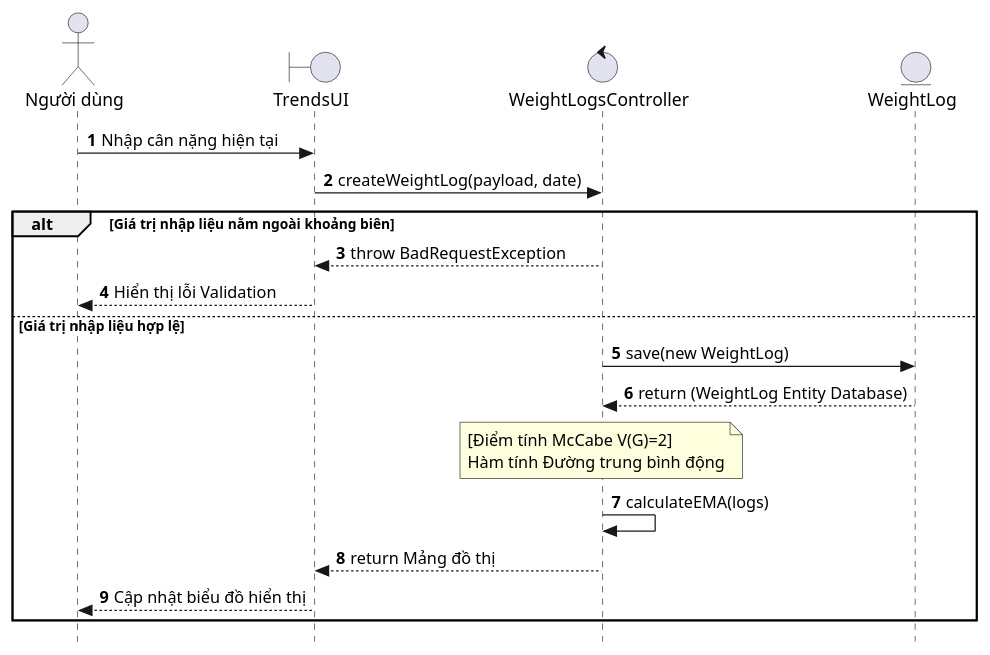
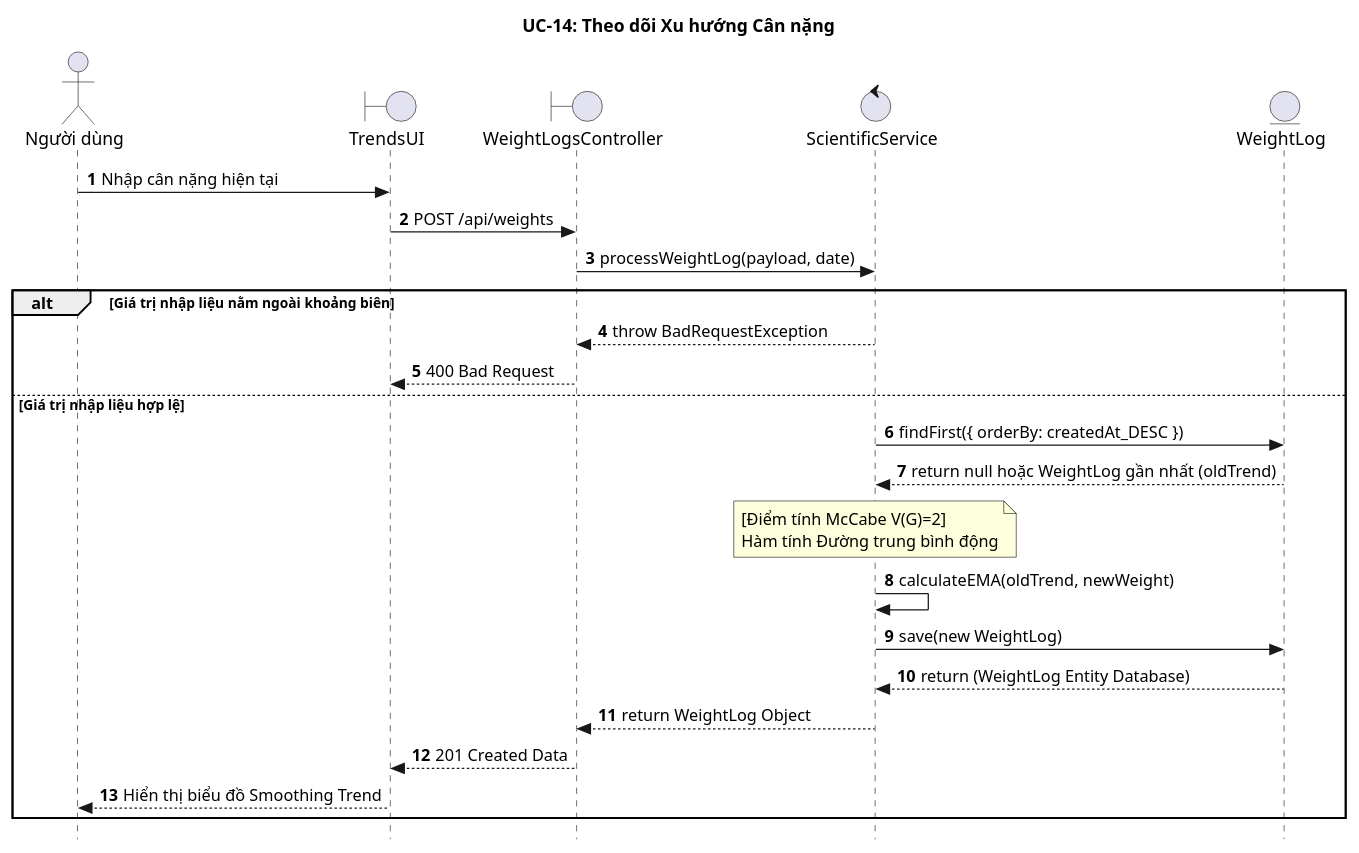
One commit to MinhTriet0612/CalAIClone changed the first of 2 diagrams in docs/reports/VnV_UC14_Weight_Trends.md. Above: the diagram before and after it, drawn with PlantUML. The commit also changed other lines of this file and 23 other files, not shown here.

````diff
--- a/docs/reports/VnV_UC14_Weight_Trends.md
+++ b/docs/reports/VnV_UC14_Weight_Trends.md
@@ -52,31 +52,38 @@
 ```plantuml
 @startuml
+title UC-14: Theo dõi Xu hướng Cân nặng 
 autonumber
 skinparam style strictuml
 
 actor "Người dùng" as Actor
 boundary "TrendsUI" as UI
-control "WeightLogsController" as Logic
+boundary "WeightLogsController" as API
+control "ScientificService" as Logic
 entity "WeightLog" as Entity
 
 Actor -> UI : Nhập cân nặng hiện tại
-UI -> Logic : createWeightLog(payload, date)
+UI -> API : POST /api/weights
+API -> Logic : processWeightLog(payload, date)
 
 alt Giá trị nhập liệu nằm ngoài khoảng biên
-    Logic --> UI : throw BadRequestException
-    UI --> Actor : Hiển thị lỗi Validation
+    Logic --> API : throw BadRequestException
+    API --> UI : 400 Bad Request
 else Giá trị nhập liệu hợp lệ
-    Logic -> Entity : save(new WeightLog)
-    Entity --> Logic : return (WeightLog Entity Database)
-    
+    Logic -> Entity : findFirst({ orderBy: createdAt_DESC })
+    Entity --> Logic : return null hoặc WeightLog gần nhất (oldTrend)
+
     note over Logic
         [Điểm tính McCabe V(G)=2]
         Hàm tính Đường trung bình động
     end note
-    Logic -> Logic : calculateEMA(logs)
+    Logic -> Logic : calculateEMA(oldTrend, newWeight)
     
-    Logic --> UI : return Mảng đồ thị
-    UI --> Actor : Cập nhật biểu đồ hiển thị
+    Logic -> Entity : save(new WeightLog)
+    Entity --> Logic : return (WeightLog Entity Database)
+    
+    Logic --> API : return WeightLog Object
+    API --> UI : 201 Created Data
+    UI --> Actor : Hiển thị biểu đồ Smoothing Trend
 end
 @enduml
 ```
````
